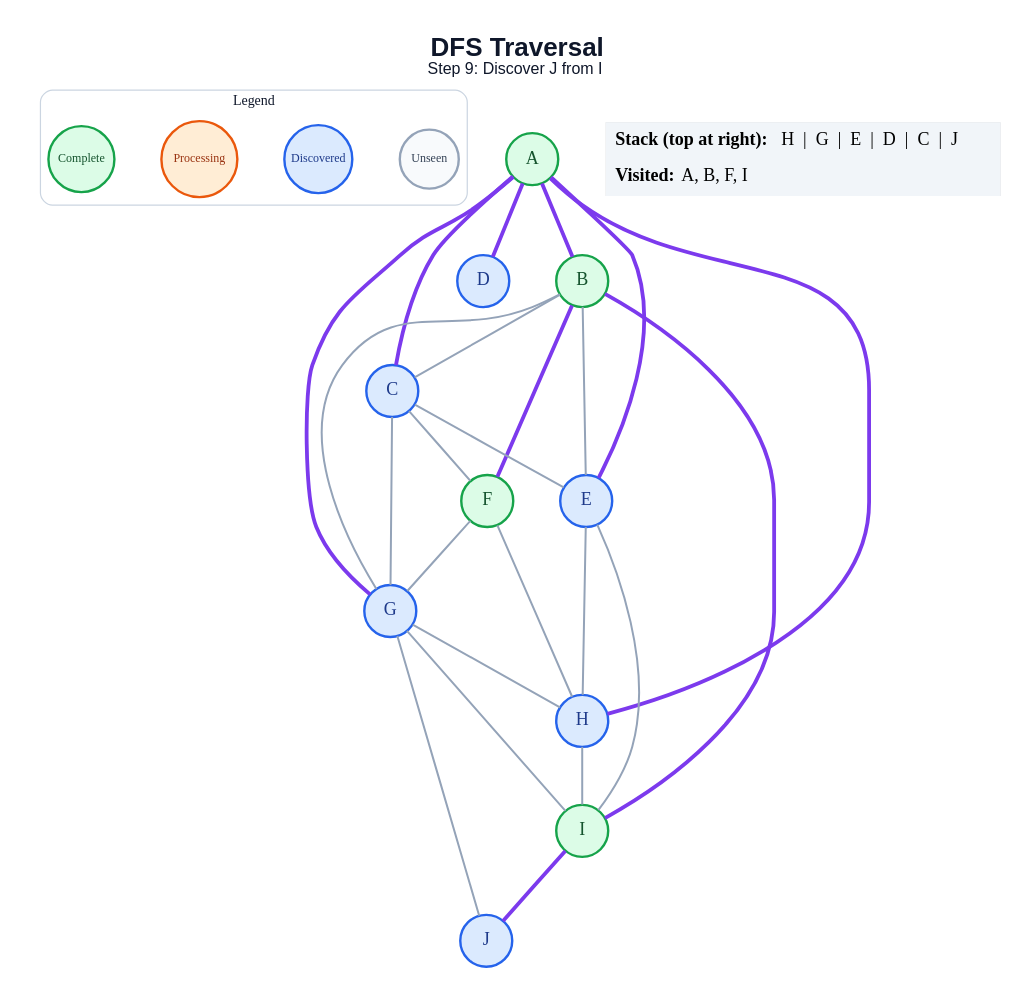
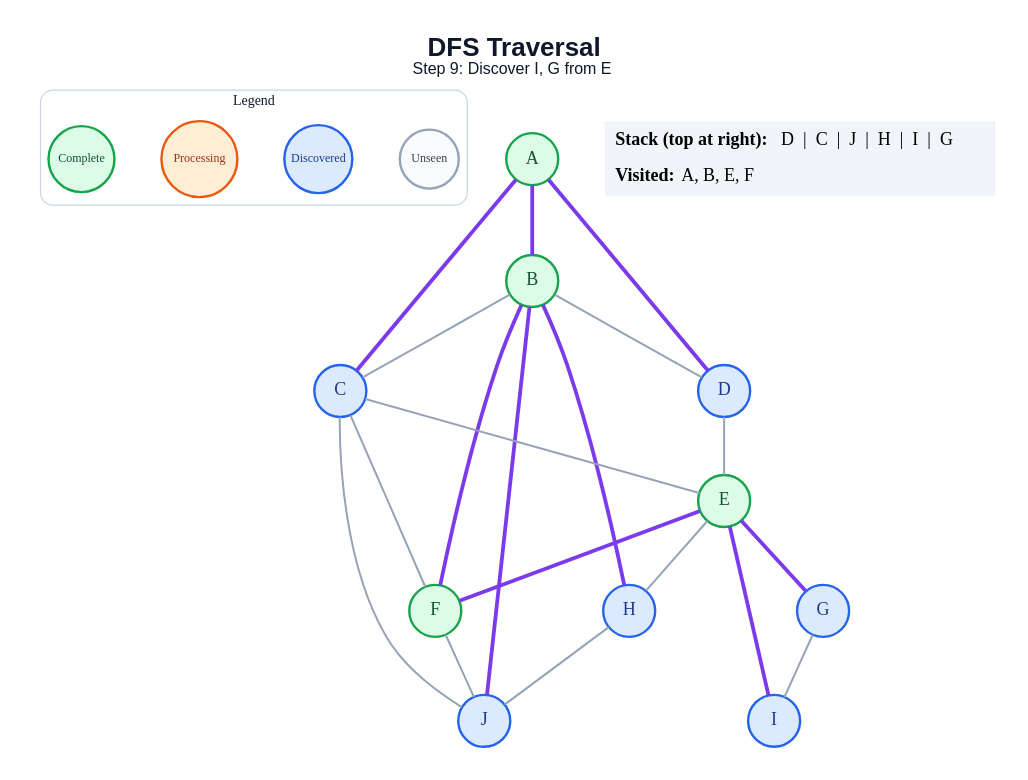
The diagram in generated/dfs/step_09.dot (amanghodawala9/ai-slop), drawn with Graphviz before and after one commit. The commit also changed 178 other files, not shown here.

```diff
--- a/generated/dfs/step_09.dot
+++ b/generated/dfs/step_09.dot
@@ -1,52 +1,48 @@
 graph traversal {
   graph [layout=dot, rankdir=TB, bgcolor="#FFFFFF", pad="0.35", nodesep="0.65", ranksep="0.8", fontname="Arial"];
   node [shape=circle, style="filled", fontname="Arial Bold", fontsize=18, width=0.72, fixedsize=true, penwidth=2.4];
   edge [color="#94A3B8", penwidth=2.0];
-  label=<<B>DFS Traversal</B><BR/><FONT POINT-SIZE="16">Step 9: Discover J from I</FONT>>; labelloc="t"; fontsize=26; fontname="Arial"; fontcolor="#0F172A";
+  label=<<B>DFS Traversal</B><BR/><FONT POINT-SIZE="16">Step 9: Discover I, G from E</FONT>>; labelloc="t"; fontsize=26; fontname="Arial"; fontcolor="#0F172A";
   subgraph cluster_legend { label="Legend"; color="#CBD5E1"; penwidth=1.2; style="rounded"; fontsize=14; fontname="Arial Bold";
     key_unseen [label="Unseen", fillcolor="#F8FAFC", color="#94A3B8", fontcolor="#334155", fontsize=12, width=0.82];
     key_frontier [label="Discovered", fillcolor="#DBEAFE", color="#2563EB", fontcolor="#1E3A8A", fontsize=12, width=0.95];
     key_current [label="Processing", fillcolor="#FFEDD5", color="#EA580C", fontcolor="#9A3412", fontsize=12, width=1.05];
     key_done [label="Complete", fillcolor="#DCFCE7", color="#16A34A", fontcolor="#14532D", fontsize=12, width=0.92];
     { rank=same; key_unseen; key_frontier; key_current; key_done; }
   }
   A [fillcolor="#DCFCE7", color="#16A34A", fontcolor="#14532D"];
   B [fillcolor="#DCFCE7", color="#16A34A", fontcolor="#14532D"];
   C [fillcolor="#DBEAFE", color="#2563EB", fontcolor="#1E3A8A"];
   D [fillcolor="#DBEAFE", color="#2563EB", fontcolor="#1E3A8A"];
-  E [fillcolor="#DBEAFE", color="#2563EB", fontcolor="#1E3A8A"];
+  E [fillcolor="#DCFCE7", color="#16A34A", fontcolor="#14532D"];
   F [fillcolor="#DCFCE7", color="#16A34A", fontcolor="#14532D"];
   G [fillcolor="#DBEAFE", color="#2563EB", fontcolor="#1E3A8A"];
   H [fillcolor="#DBEAFE", color="#2563EB", fontcolor="#1E3A8A"];
-  I [fillcolor="#DCFCE7", color="#16A34A", fontcolor="#14532D"];
+  I [fillcolor="#DBEAFE", color="#2563EB", fontcolor="#1E3A8A"];
   J [fillcolor="#DBEAFE", color="#2563EB", fontcolor="#1E3A8A"];
   A -- B [color="#7C3AED", penwidth=3.8];
   A -- C [color="#7C3AED", penwidth=3.8];
   A -- D [color="#7C3AED", penwidth=3.8];
-  A -- E [color="#7C3AED", penwidth=3.8];
-  A -- G [color="#7C3AED", penwidth=3.8];
-  A -- H [color="#7C3AED", penwidth=3.8];
   B -- C;
-  B -- E;
+  B -- D;
   B -- F [color="#7C3AED", penwidth=3.8];
-  B -- G;
-  B -- I [color="#7C3AED", penwidth=3.8];
+  B -- H [color="#7C3AED", penwidth=3.8];
+  B -- J [color="#7C3AED", penwidth=3.8];
   C -- E;
   C -- F;
-  C -- G;
+  C -- J;
+  D -- E;
+  E -- F [color="#7C3AED", penwidth=3.8];
+  E -- G [color="#7C3AED", penwidth=3.8];
   E -- H;
-  E -- I;
-  F -- G;
-  F -- H;
-  G -- H;
+  E -- I [color="#7C3AED", penwidth=3.8];
+  F -- J;
   G -- I;
-  G -- J;
-  H -- I;
-  I -- J [color="#7C3AED", penwidth=3.8];
+  H -- J;
   status [shape=plain, fixedsize=false, width=0, height=0, margin=0, label=<
     <TABLE BORDER="0" CELLBORDER="0" CELLPADDING="7" BGCOLOR="#F1F5F9">
-      <TR><TD ALIGN="LEFT"><B>Stack (top at right):</B> H  |  G  |  E  |  D  |  C  |  J</TD></TR>
-      <TR><TD ALIGN="LEFT"><B>Visited:</B> A, B, F, I</TD></TR>
+      <TR><TD ALIGN="LEFT"><B>Stack (top at right):</B> D  |  C  |  J  |  H  |  I  |  G</TD></TR>
+      <TR><TD ALIGN="LEFT"><B>Visited:</B> A, B, E, F</TD></TR>
     </TABLE>
   >];
 }
```
